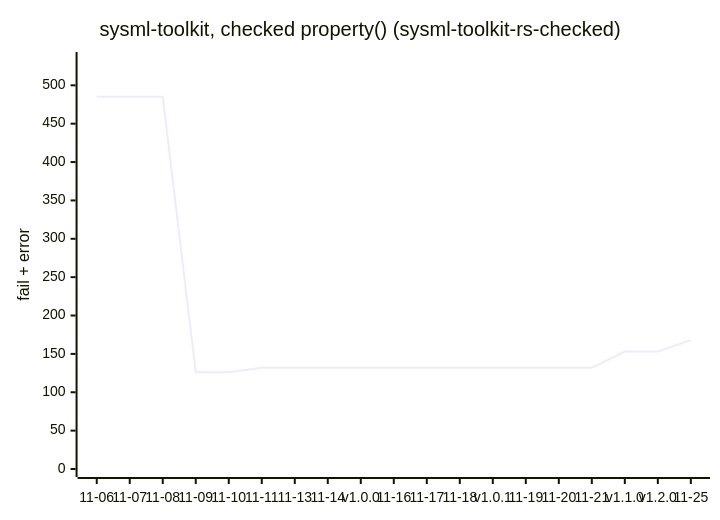
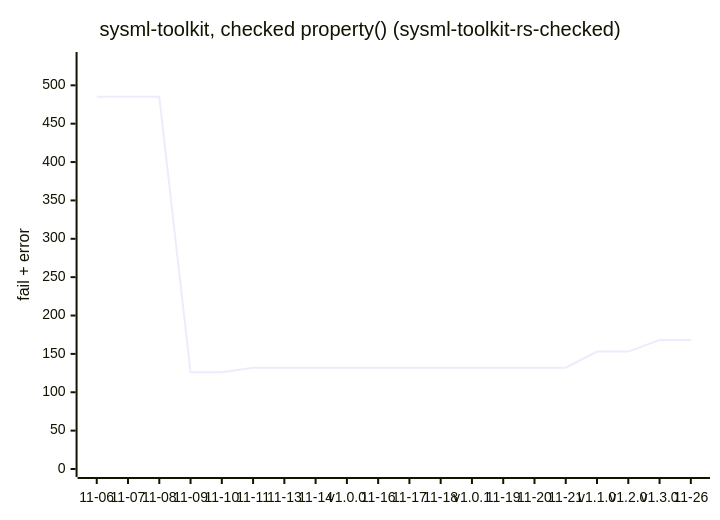
Before and after one commit to hideo67/sysmlv2-tests: the fourth of 4 diagrams in test-suite/PROGRESS-SNAPSHOT.md, drawn with Mermaid. The commit also changed other lines of this file and 2 other files, not shown here.

````diff
--- a/test-suite/PROGRESS-SNAPSHOT.md
+++ b/test-suite/PROGRESS-SNAPSHOT.md
@@ -42,7 +42,7 @@
 ```mermaid
 xychart-beta
     title "sysml-toolkit, checked property() (sysml-toolkit-rs-checked)"
-    x-axis ["11-06", "11-07", "11-08", "11-09", "11-10", "11-11", "11-13", "11-14", "v1.0.0", "11-16", "11-17", "11-18", "v1.0.1", "11-19", "11-20", "11-21", "v1.1.0", "v1.2.0", "11-25"]
+    x-axis ["11-06", "11-07", "11-08", "11-09", "11-10", "11-11", "11-13", "11-14", "v1.0.0", "11-16", "11-17", "11-18", "v1.0.1", "11-19", "11-20", "11-21", "v1.1.0", "v1.2.0", "v1.3.0", "11-26"]
     y-axis "fail + error" 0 --> 533
-    line [485, 485, 485, 126, 126, 132, 132, 132, 132, 132, 132, 132, 132, 132, 132, 132, 153, 153, 168]
+    line [485, 485, 485, 126, 126, 132, 132, 132, 132, 132, 132, 132, 132, 132, 132, 132, 153, 153, 168, 168]
 ```
````
